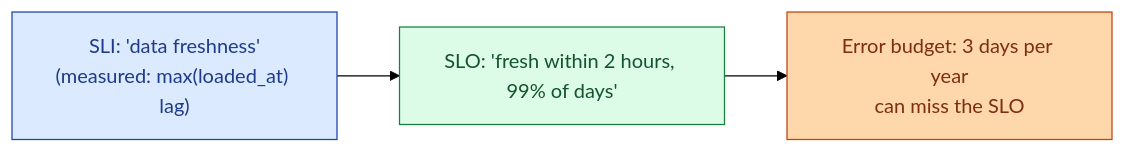
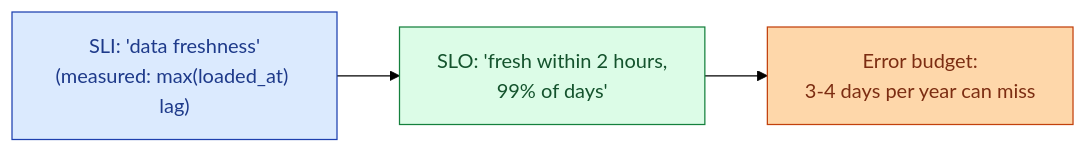
The first of 3 diagrams in _de_concepts/055-data-sli-slo-error-budgets.md (shiningflash/shiningflash.github.io), drawn with Mermaid (forest theme) before and after one commit. The commit also changed other lines of this file and 69 other files, not shown here.

````diff
--- a/_de_concepts/055-data-sli-slo-error-budgets.md
+++ b/_de_concepts/055-data-sli-slo-error-budgets.md
@@ -12,11 +14,11 @@
 ```mermaid
 flowchart LR
     SLI["SLI: 'data freshness'<br/>(measured: max(loaded_at) lag)"]:::a
-    SLO["SLO: 'fresh within 2 hours, 99% of days'"]:::b
-    EB["Error budget: 3 days per year<br/>can miss the SLO"]:::g
+    SLO["SLO: 'fresh within 2 hours,<br/>99% of days'"]:::g
+    EB["Error budget:<br/>3-4 days per year can miss"]:::b
     SLI --> SLO --> EB
 
     classDef a fill:#dbeafe,stroke:#1e40af,color:#1e3a8a
-    classDef b fill:#dcfce7,stroke:#15803d,color:#14532d
-    classDef g fill:#fed7aa,stroke:#c2410c,color:#7c2d12
+    classDef g fill:#dcfce7,stroke:#15803d,color:#14532d
+    classDef b fill:#fed7aa,stroke:#c2410c,color:#7c2d12
 ```
````
